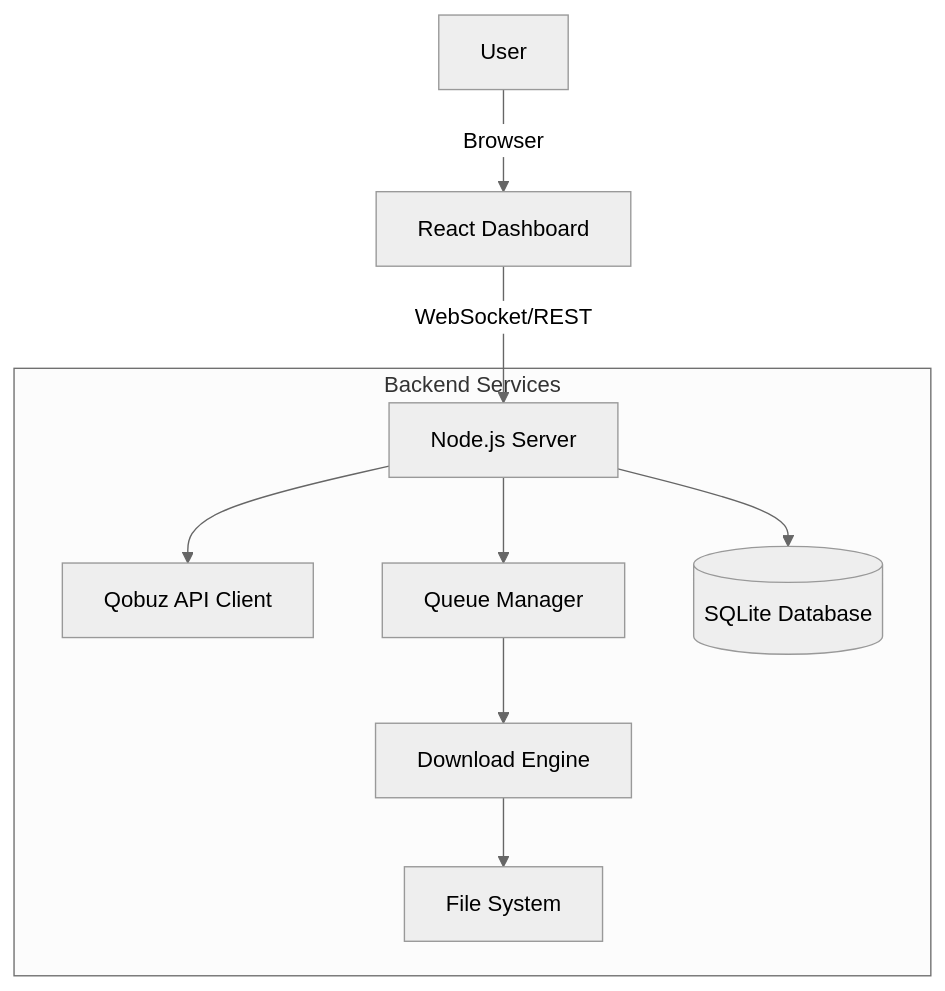
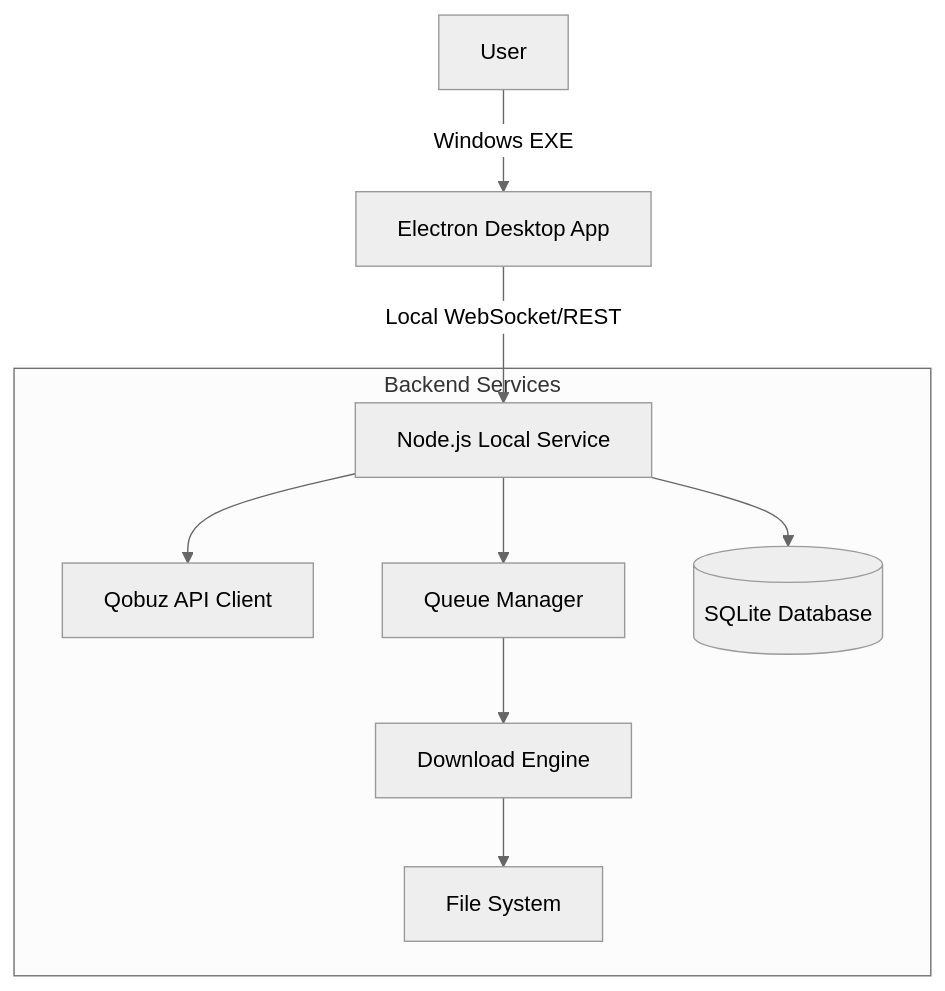
Before and after one commit to ifauzeee/QBZ-Downloader: the diagram in README.md, drawn with Mermaid (neutral theme). The commit also changed other lines of this file, not shown here.

Commit message:
docs(readme): switch installation guide to desktop-only flow

````diff
--- a/README.md
+++ b/README.md
@@ -217,13 +185,13 @@
 ```mermaid
 graph TD
-    User[User] -->|Browser| Dashboard[React Dashboard]
-    Dashboard -->|WebSocket/REST| Server[Node.js Server]
+    User[User] -->|Windows EXE| Desktop[Electron Desktop App]
+    Desktop -->|Local WebSocket/REST| Server[Node.js Local Service]
     
     subgraph Backend Services
         Server --> API[Qobuz API Client]
         Server --> Queue[Queue Manager]
         Server --> DB[(SQLite Database)]
         Queue --> Downloader[Download Engine]
         Downloader --> FS[File System]
     end
 ```
````
